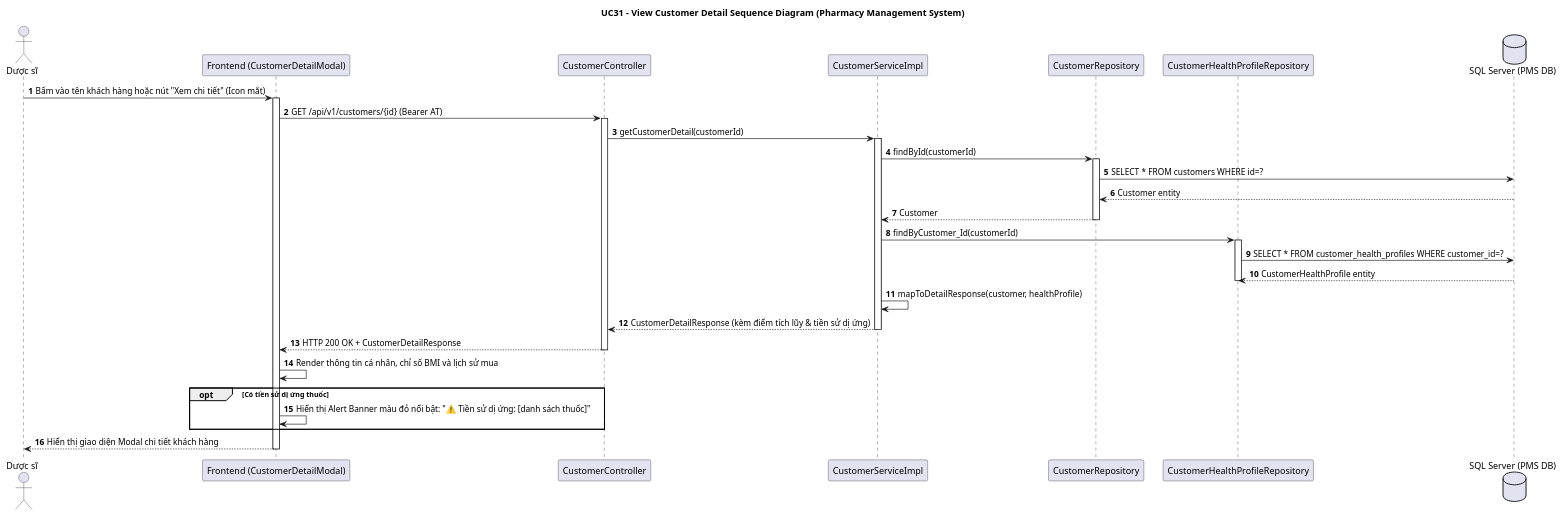
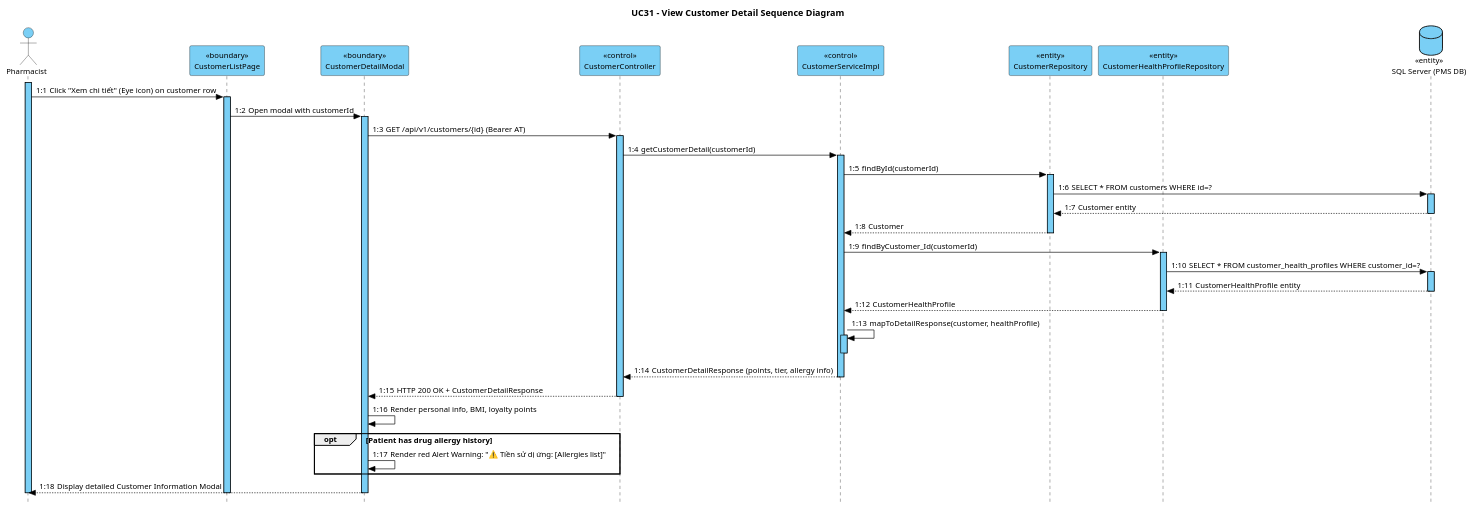
One commit to TuanNam1121/PharmacyManagementSystem changed the diagram in TaiLieu_SRS_SDS/SDS/SequenceDiagrams/02_Customer_Management/SQ08_View_Customer_Detail.puml. Above: the diagram before and after it, drawn with PlantUML. The commit also changed 32 other files, not shown here.

Commit message:
docs: standardize all 16 sequence diagrams to Visual Paradigm style (#7ACFF5, stereotypes, lifelines)

```diff
--- a/TaiLieu_SRS_SDS/SDS/SequenceDiagrams/02_Customer_Management/SQ08_View_Customer_Detail.puml
+++ b/TaiLieu_SRS_SDS/SDS/SequenceDiagrams/02_Customer_Management/SQ08_View_Customer_Detail.puml
@@ -1,47 +1,83 @@
 @startuml SQ08_View_Customer_Detail
-title UC31 - View Customer Detail Sequence Diagram (Pharmacy Management System)
-autonumber
-skinparam BoxPadding 10
-skinparam ParticipantPadding 10
+title UC31 - View Customer Detail Sequence Diagram
+autonumber "1:"
+skinparam style strictuml
+skinparam sequenceMessageAlign left
+skinparam defaultFontName Arial
+skinparam defaultFontSize 12
 
-actor User as "Dược sĩ"
-participant FE as "Frontend (CustomerDetailModal)"
-participant CC as "CustomerController"
-participant CS as "CustomerServiceImpl"
-participant CR as "CustomerRepository"
-participant HR as "CustomerHealthProfileRepository"
-database DB as "SQL Server (PMS DB)"
+skinparam sequence {
+    LifeLineBorderColor #000000
+    LifeLineBackgroundColor #7ACFF5
+    ParticipantBorderColor #000000
+    ParticipantBackgroundColor #7ACFF5
+    ParticipantFontColor #000000
+    ParticipantFontSize 12
+    ActorBorderColor #000000
+    ActorBackgroundColor #7ACFF5
+    ActorFontColor #000000
+    ArrowColor #000000
+    ArrowFontColor #000000
+    GroupBorderColor #000000
+}
 
-User -> FE: Bấm vào tên khách hàng hoặc nút "Xem chi tiết" (Icon mắt)
-activate FE
-FE -> CC: GET /api/v1/customers/{id} (Bearer AT)
-activate CC
-CC -> CS: getCustomerDetail(customerId)
-activate CS
+actor "Pharmacist" as Pharmacist #7ACFF5
+participant "<<boundary>>\nCustomerListPage" as CustomerListPage #7ACFF5
+participant "<<boundary>>\nCustomerDetailModal" as CustomerDetailModal #7ACFF5
+participant "<<control>>\nCustomerController" as CustomerController #7ACFF5
+participant "<<control>>\nCustomerServiceImpl" as CustomerServiceImpl #7ACFF5
+participant "<<entity>>\nCustomerRepository" as CustomerRepository #7ACFF5
+participant "<<entity>>\nCustomerHealthProfileRepository" as HealthProfileRepo #7ACFF5
+database "<<entity>>\nSQL Server (PMS DB)" as DB #7ACFF5
 
-CS -> CR: findById(customerId)
-activate CR
-CR -> DB: SELECT * FROM customers WHERE id=?
-DB --> CR: Customer entity
-CR --> CS: Customer
-deactivate CR
+activate Pharmacist #7ACFF5
+Pharmacist -> CustomerListPage: Click "Xem chi tiết" (Eye icon) on customer row
+activate CustomerListPage #7ACFF5
 
-CS -> HR: findByCustomer_Id(customerId)
-activate HR
-HR -> DB: SELECT * FROM customer_health_profiles WHERE customer_id=?
-DB --> HR: CustomerHealthProfile entity
-deactivate HR
+CustomerListPage -> CustomerDetailModal: Open modal with customerId
+activate CustomerDetailModal #7ACFF5
 
-CS -> CS: mapToDetailResponse(customer, healthProfile)
-CS --> CC: CustomerDetailResponse (kèm điểm tích lũy & tiền sử dị ứng)
-deactivate CS
-CC --> FE: HTTP 200 OK + CustomerDetailResponse
-deactivate CC
+CustomerDetailModal -> CustomerController: GET /api/v1/customers/{id} (Bearer AT)
+activate CustomerController #7ACFF5
 
-FE -> FE: Render thông tin cá nhân, chỉ số BMI và lịch sử mua
-opt Có tiền sử dị ứng thuốc
-    FE -> FE: Hiển thị Alert Banner màu đỏ nổi bật: "⚠️ Tiền sử dị ứng: [danh sách thuốc]"
+CustomerController -> CustomerServiceImpl: getCustomerDetail(customerId)
+activate CustomerServiceImpl #7ACFF5
+
+CustomerServiceImpl -> CustomerRepository: findById(customerId)
+activate CustomerRepository #7ACFF5
+CustomerRepository -> DB: SELECT * FROM customers WHERE id=?
+activate DB #7ACFF5
+DB --> CustomerRepository: Customer entity
+deactivate DB
+CustomerRepository --> CustomerServiceImpl: Customer
+deactivate CustomerRepository
+
+CustomerServiceImpl -> HealthProfileRepo: findByCustomer_Id(customerId)
+activate HealthProfileRepo #7ACFF5
+HealthProfileRepo -> DB: SELECT * FROM customer_health_profiles WHERE customer_id=?
+activate DB #7ACFF5
+DB --> HealthProfileRepo: CustomerHealthProfile entity
+deactivate DB
+HealthProfileRepo --> CustomerServiceImpl: CustomerHealthProfile
+deactivate HealthProfileRepo
+
+CustomerServiceImpl -> CustomerServiceImpl: mapToDetailResponse(customer, healthProfile)
+activate CustomerServiceImpl #7ACFF5
+deactivate CustomerServiceImpl
+
+CustomerServiceImpl --> CustomerController: CustomerDetailResponse (points, tier, allergy info)
+deactivate CustomerServiceImpl
+
+CustomerController --> CustomerDetailModal: HTTP 200 OK + CustomerDetailResponse
+deactivate CustomerController
+
+CustomerDetailModal -> CustomerDetailModal: Render personal info, BMI, loyalty points
+opt Patient has drug allergy history
+    CustomerDetailModal -> CustomerDetailModal: Render red Alert Warning: "⚠️ Tiền sử dị ứng: [Allergies list]"
 end
-FE --> User: Hiển thị giao diện Modal chi tiết khách hàng
-deactivate FE
+
+CustomerDetailModal --> Pharmacist: Display detailed Customer Information Modal
+deactivate CustomerDetailModal
+deactivate CustomerListPage
+deactivate Pharmacist
 @enduml
```
